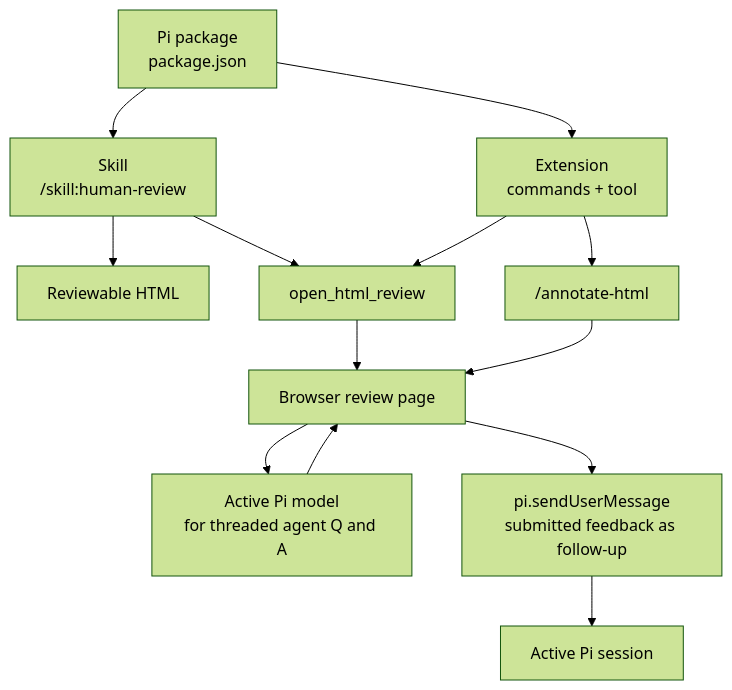
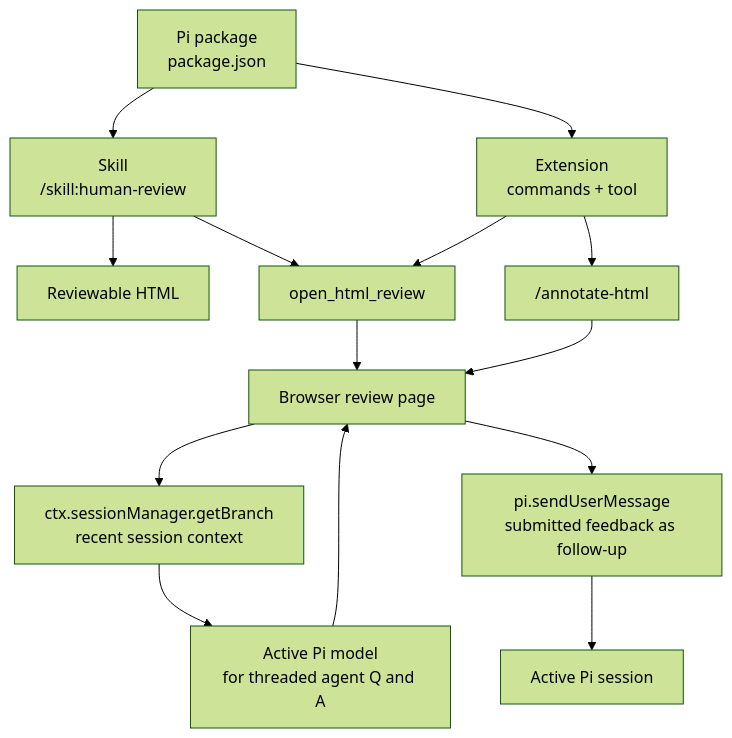
One commit to alpeshvas/pi-interactive-plan-review changed the diagram in README.md. Above: the diagram before and after it, drawn with Mermaid (forest theme).

Commit message:
fix architecture

````diff
--- a/README.md
+++ b/README.md
@@ -81,19 +81,20 @@
 ```mermaid
 flowchart TD
   P["Pi package<br/>package.json"] --> S["Skill<br/>/skill:human-review"]
   P --> E["Extension<br/>commands + tool"]
 
   S --> H["Reviewable HTML"]
   S --> T["open_html_review"]
   E --> T
   E --> C["/annotate-html"]
 
   T --> B["Browser review page"]
   C --> B
 
-  B --> M["Active Pi model<br/>for threaded agent Q and A"]
+  B --> BR["ctx.sessionManager.getBranch<br/>recent session context"]
+  BR --> M["Active Pi model<br/>for threaded agent Q and A"]
   M --> B
 
   B --> F["pi.sendUserMessage<br/>submitted feedback as follow-up"]
   F --> PI["Active Pi session"]
 ```
````
